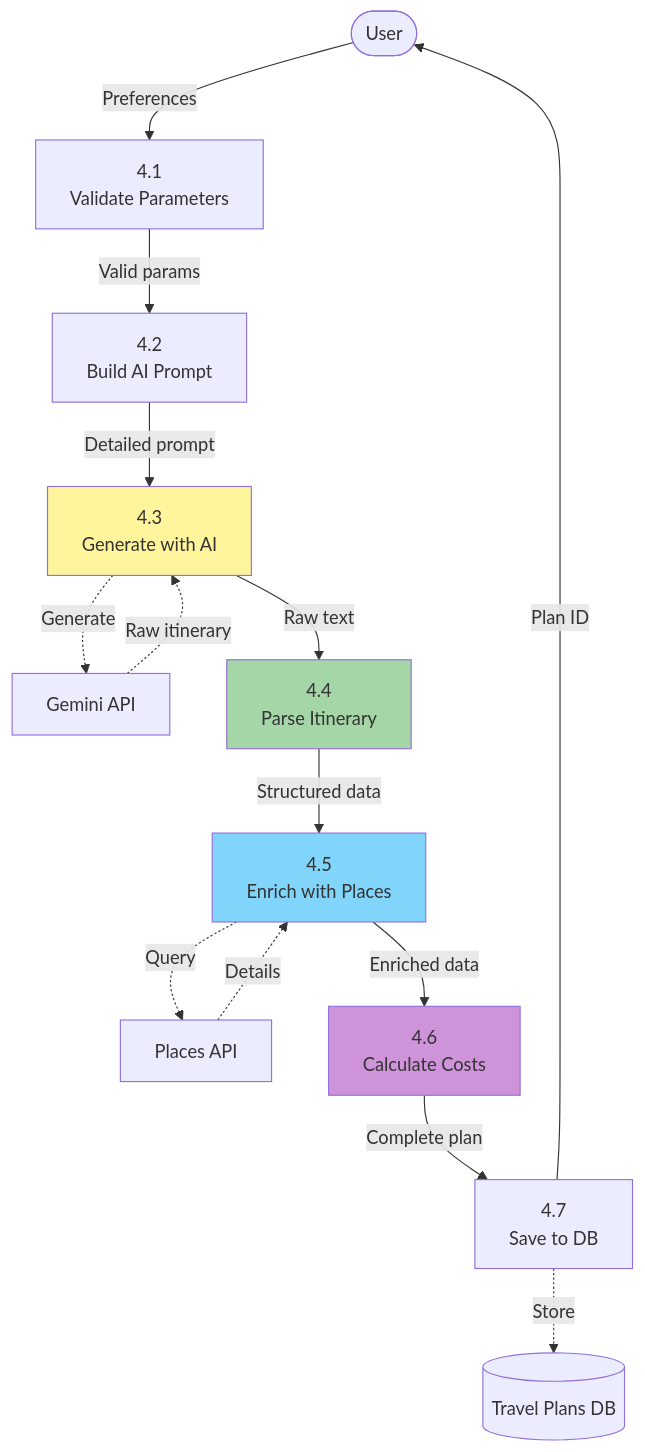
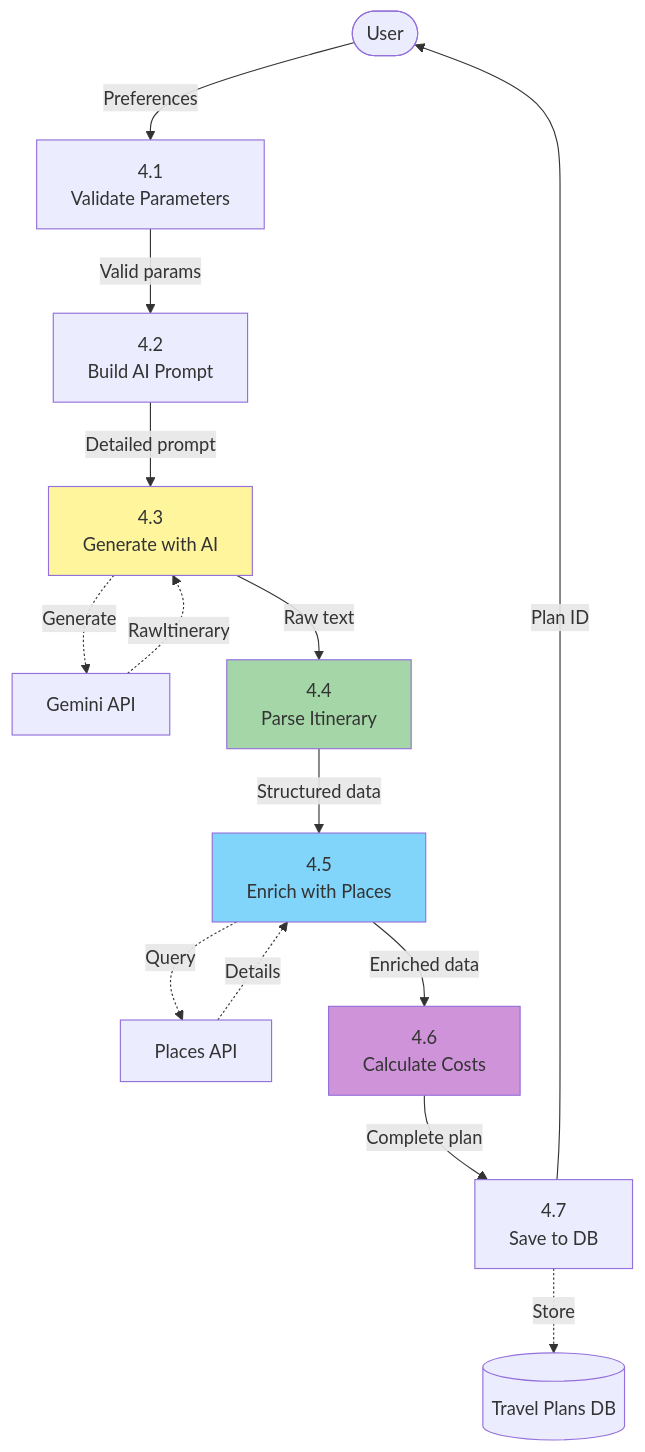
Before and after one commit to nvtank/AI_Assistant_DN: the fifth of 11 diagrams in docs/diagrams/06-Data-Flow-Diagram.md, drawn with Mermaid. The commit also changed 2 other files, not shown here.

Commit message:
🐛 Fix Mermaid syntax errors in diagrams
- Fix dot notation in arrow labels (Socket.IO -> WebSocket)
- Fix spaces in arrow labels (Deep Link -> DeepLink, Image URL -> ImageURL, etc.)
- Fix Document Change -> DocumentChange, Raw itinerary -> RawItinerary
- All diagrams should now render correctly on GitHub

````diff
--- a/docs/diagrams/06-Data-Flow-Diagram.md
+++ b/docs/diagrams/06-Data-Flow-Diagram.md
@@ -182,26 +182,26 @@
 ```mermaid
 graph TB
     USER([User]) -->|Preferences| P41[4.1<br/>Validate Parameters]
     P41 -->|Valid params| P42[4.2<br/>Build AI Prompt]
     P42 -->|Detailed prompt| P43[4.3<br/>Generate with AI]
     
     P43 -.Generate.-> GEMINI[Gemini API]
-    GEMINI -.Raw itinerary.-> P43
+    GEMINI -.RawItinerary.-> P43
     
     P43 -->|Raw text| P44[4.4<br/>Parse Itinerary]
     P44 -->|Structured data| P45[4.5<br/>Enrich with Places]
     
     P45 -.Query.-> PLACES[Places API]
     PLACES -.Details.-> P45
     
     P45 -->|Enriched data| P46[4.6<br/>Calculate Costs]
     P46 -->|Complete plan| P47[4.7<br/>Save to DB]
     P47 -->|Plan ID| USER
     
     P47 -.Store.-> TRAVEL_DB[(Travel Plans DB)]
 
     style P43 fill:#FFF59D
     style P44 fill:#A5D6A7
     style P45 fill:#81D4FA
     style P46 fill:#CE93D8
 ```
````
